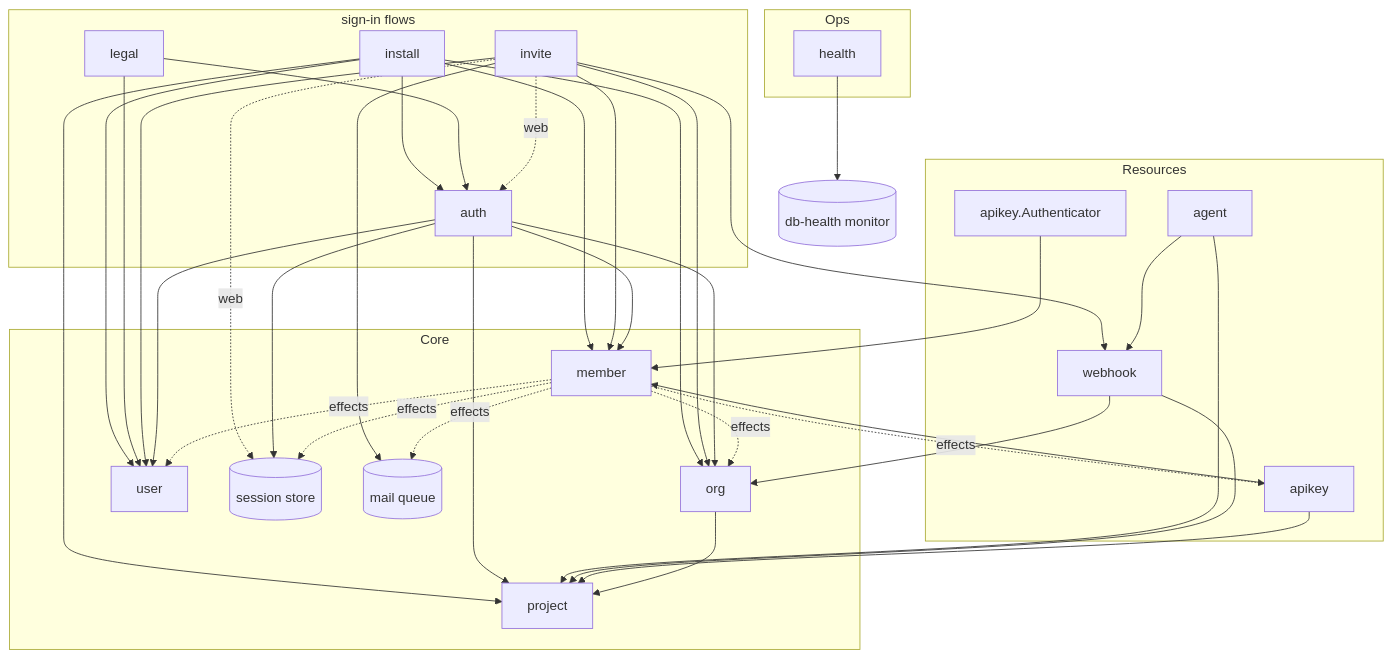
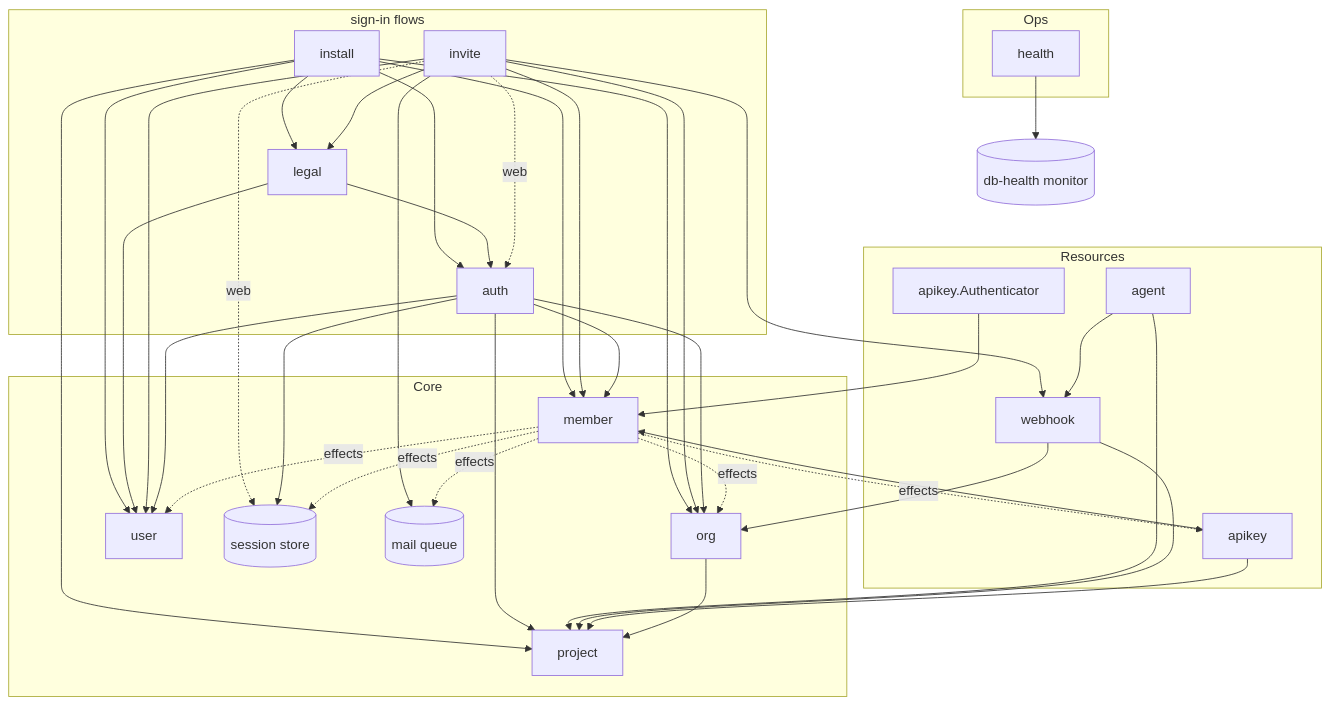
Before and after one commit to altalune-id/oagent: the third of 3 diagrams in internal/boot/README.md, drawn with Mermaid. The commit also changed other lines of this file and 29 other files, not shown here.

````diff
--- a/internal/boot/README.md
+++ b/internal/boot/README.md
@@ -104,44 +104,44 @@
 ```mermaid
 flowchart TD
     subgraph Flows["sign-in flows"]
         install
         legal
         auth
         invite
     end
     subgraph Ops
         health
     end
     subgraph Resources
         agent
         webhook
         apikey
         keyAuthn["apikey.Authenticator"]
     end
     subgraph Core
         org
         project
         member
         user
         sessions[(session store)]
         mailqueue[(mail queue)]
     end
 
     install --> auth
     legal --> auth
-    install --> user & org & member & project
+    install --> user & org & member & project & legal
     legal --> user
-    invite --> member & user & org & mailqueue & webhook
+    invite --> member & user & org & mailqueue & webhook & legal
     invite -. web .-> auth & sessions
     auth --> user & member & org & project & sessions
 
     agent --> webhook
     agent --> project
     webhook --> project & org
     apikey --> project & member
     keyAuthn --> member
     member -. effects .-> sessions & apikey & user & org & mailqueue
     health --> dbh[(db-health monitor)]
 
     org --> project
 ```
````
